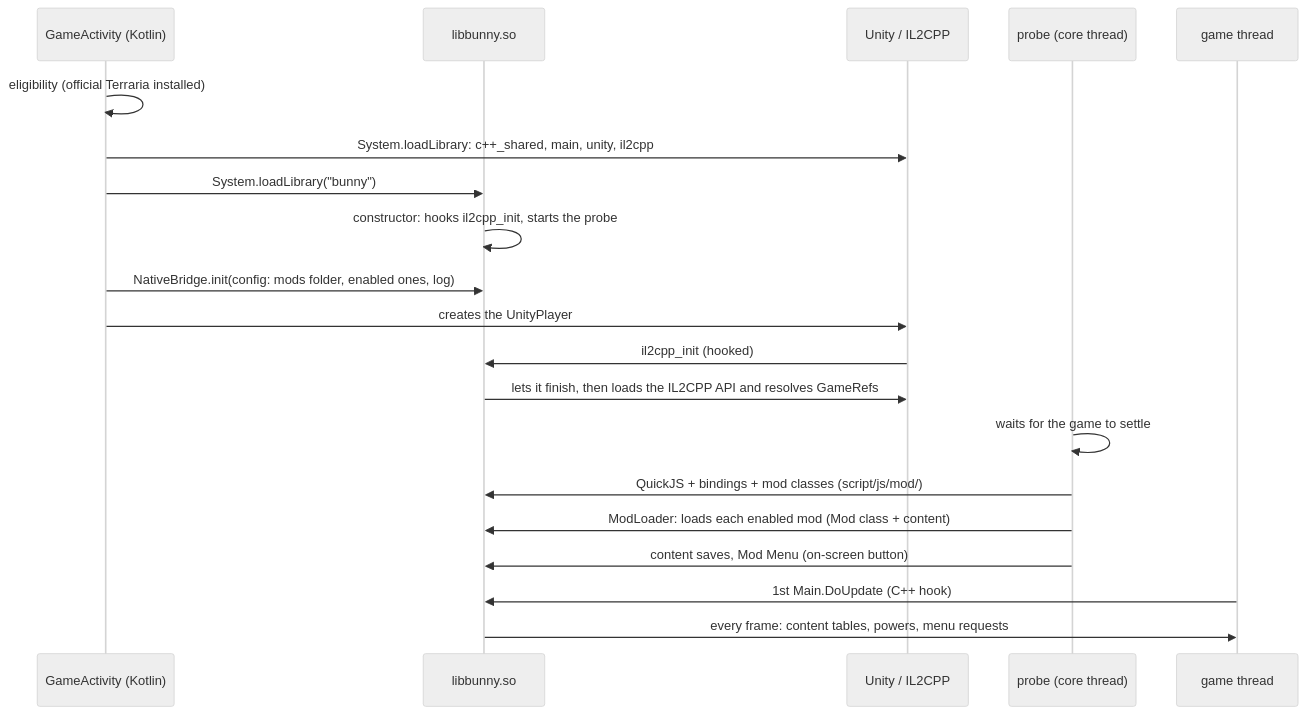
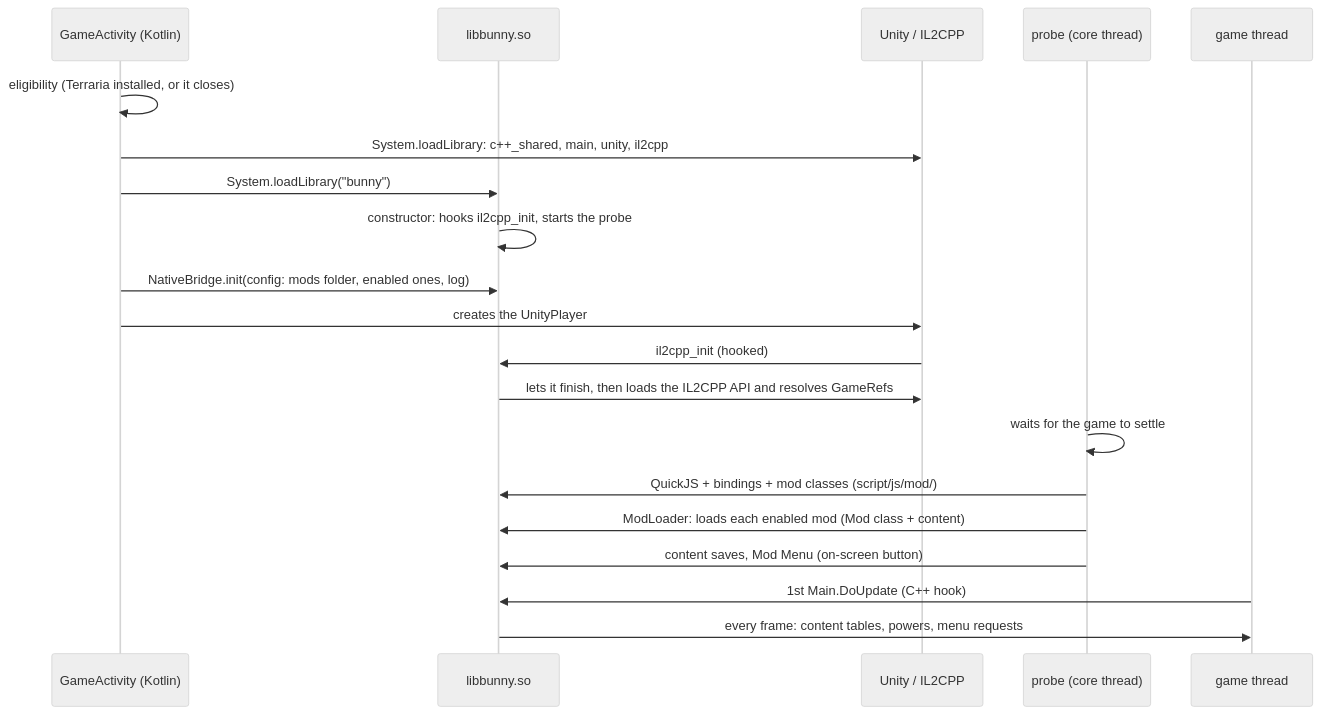
The second of 2 diagrams in docs/nucleo/README.md (JonataOliveiraa/Bunny-Loader), drawn with Mermaid (neutral theme) before and after one commit. The commit also changed 15 other files, not shown here.

````diff
--- a/docs/nucleo/README.md
+++ b/docs/nucleo/README.md
@@ -76,22 +76,22 @@
 ```mermaid
 sequenceDiagram
     participant A as GameActivity (Kotlin)
     participant B as libbunny.so
     participant U as Unity / IL2CPP
     participant S as probe (core thread)
     participant G as game thread
-    A->>A: eligibility (official Terraria installed)
+    A->>A: eligibility (Terraria installed, or it closes)
     A->>U: System.loadLibrary: c++_shared, main, unity, il2cpp
     A->>B: System.loadLibrary("bunny")
     B->>B: constructor: hooks il2cpp_init, starts the probe
     A->>B: NativeBridge.init(config: mods folder, enabled ones, log)
     A->>U: creates the UnityPlayer
     U->>B: il2cpp_init (hooked)
     B->>U: lets it finish, then loads the IL2CPP API and resolves GameRefs
     S->>S: waits for the game to settle
     S->>B: QuickJS + bindings + mod classes (script/js/mod/)
     S->>B: ModLoader: loads each enabled mod (Mod class + content)
     S->>B: content saves, Mod Menu (on-screen button)
     G->>B: 1st Main.DoUpdate (C++ hook)
     B->>G: every frame: content tables, powers, menu requests
 ```
````
